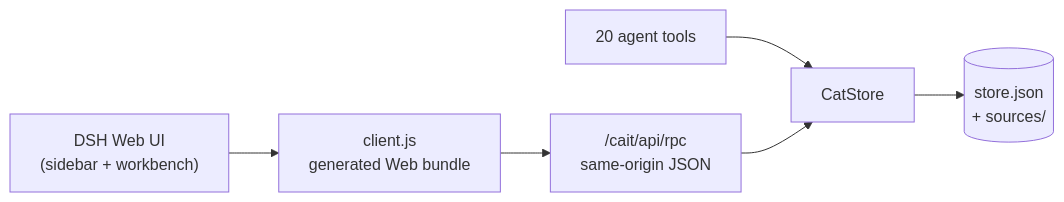
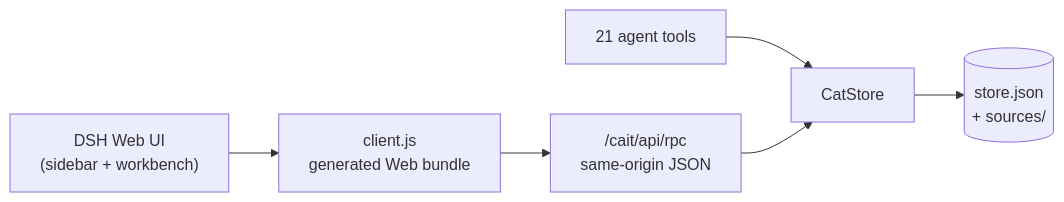
Before and after one commit to JoviLecca/dsh-CAIT: the diagram in README.md, drawn with Mermaid. The commit also changed other lines of this file and 34 other files, not shown here.

````diff
--- a/README.md
+++ b/README.md
@@ -438,8 +456,8 @@
 ```mermaid
 flowchart LR
   UI["DSH Web UI<br/>(sidebar + workbench)"] --> Client["client.js<br/>generated Web bundle"]
   Client --> API["/cait/api/rpc<br/>same-origin JSON"]
-  Tools["20 agent tools"] --> Store["CatStore"]
+  Tools["21 agent tools"] --> Store["CatStore"]
   API --> Store
   Store --> Snapshot[("store.json<br/>+ sources/")]
 ```
````
